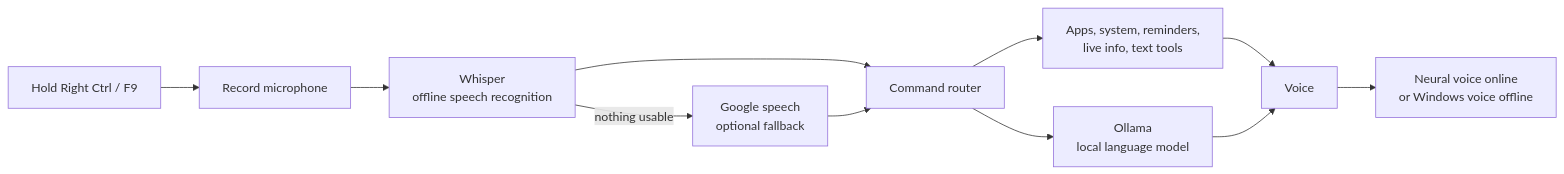
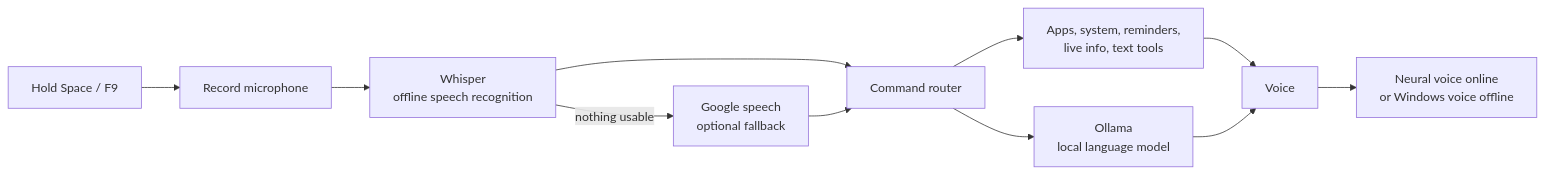
The diagram in README.md (nextginfosoft/Anaya-AI), drawn with Mermaid before and after one commit. The commit also changed other lines of this file and 10 other files, not shown here.

Commit message:
Make hold-Space the default talk key (tap still types a space)

````diff
--- a/README.md
+++ b/README.md
@@ -85,13 +85,13 @@
 ```mermaid
 flowchart LR
-    K[Hold Right Ctrl / F9] --> R[Record microphone]
+    K[Hold Space / F9] --> R[Record microphone]
     R --> W[Whisper<br/>offline speech recognition]
     W -- nothing usable --> G[Google speech<br/>optional fallback]
     W --> C[Command router]
     G --> C
     C --> T[Apps, system, reminders,<br/>live info, text tools]
     C --> L[Ollama<br/>local language model]
     T --> V[Voice]
     L --> V
     V --> E[Neural voice online<br/>or Windows voice offline]
 ```
````
